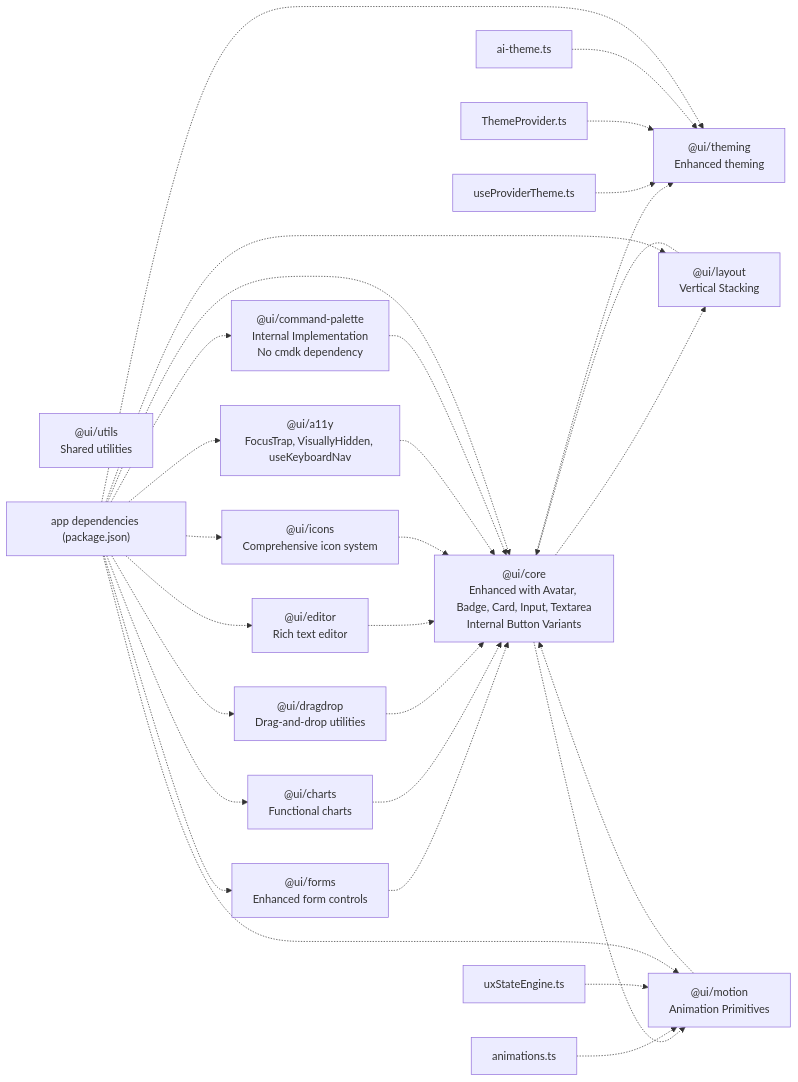
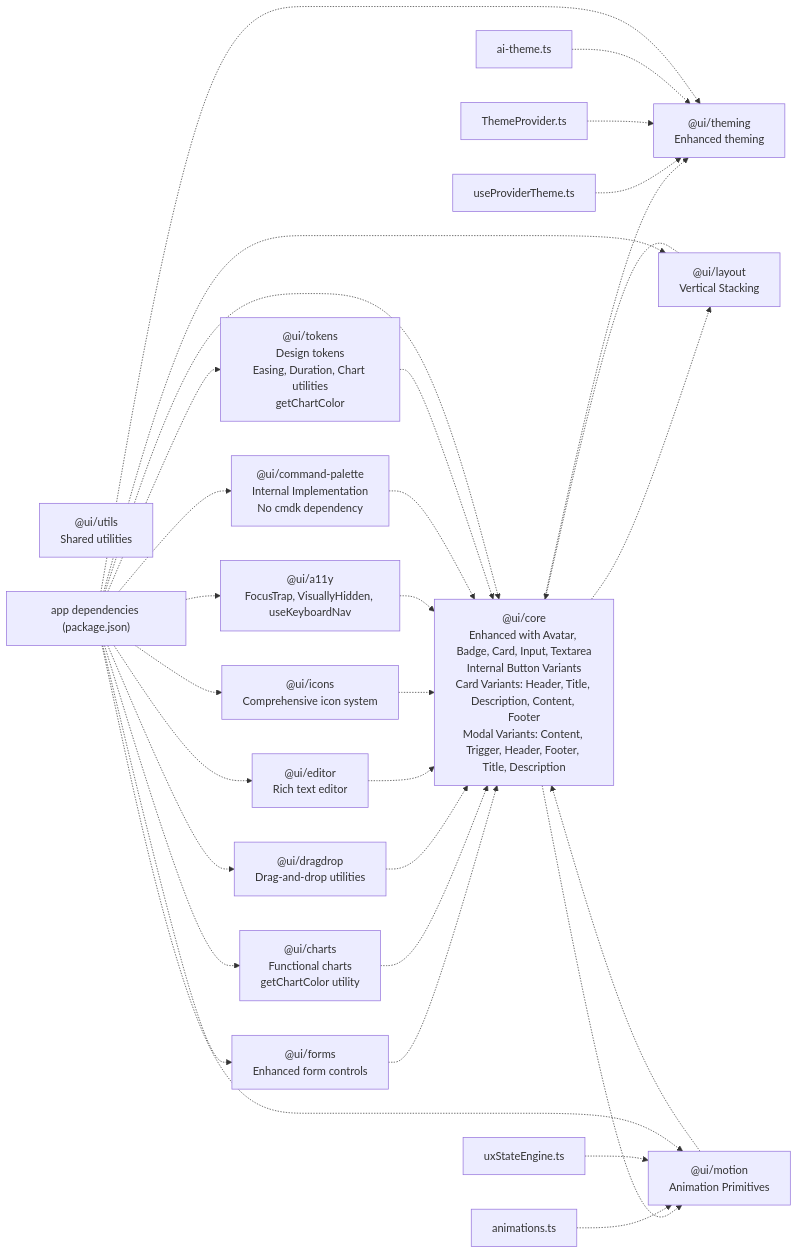
The eighth of 8 diagrams in .qoder/repowiki/en/content/UI Component System/UI Component System.md (shekhargiri005-dotcom/AI-powered-accessibility-first-UI-engine), drawn with Mermaid before and after one commit. The commit also changed other lines of this file and 6 other files, not shown here.

````diff
--- a/.qoder/repowiki/en/content/UI Component System/UI Component System.md
+++ b/.qoder/repowiki/en/content/UI Component System/UI Component System.md
@@ -1164,49 +1316,52 @@
 ```mermaid
 graph LR
-UI_CORE["@ui/core<br/>Enhanced with Avatar, Badge, Card, Input, Textarea<br/>Internal Button Variants"]
+UI_CORE["@ui/core<br/>Enhanced with Avatar, Badge, Card, Input, Textarea<br/>Internal Button Variants<br/>Card Variants: Header, Title, Description, Content, Footer<br/>Modal Variants: Content, Trigger, Header, Footer, Title, Description"]
 UI_A11Y["@ui/a11y<br/>FocusTrap, VisuallyHidden, useKeyboardNav"]
 UI_FORMS["@ui/forms<br/>Enhanced form controls"]
 UI_LAYOUT["@ui/layout<br/>Vertical Stacking"]
 UI_MOTION["@ui/motion<br/>Animation Primitives"]
-UI_CHARTS["@ui/charts<br/>Functional charts"]
+UI_CHARTS["@ui/charts<br/>Functional charts<br/>getChartColor utility"]
 UI_DRAGDROP["@ui/dragdrop<br/>Drag-and-drop utilities"]
 UI_EDITOR["@ui/editor<br/>Rich text editor"]
 UI_ICONS["@ui/icons<br/>Comprehensive icon system"]
 UI_THEMING["@ui/theming<br/>Enhanced theming"]
 UI_UTILS["@ui/utils<br/>Shared utilities"]
 UI_COMMAND_PALETTE["@ui/command-palette<br/>Internal Implementation<br/>No cmdk dependency"]
+UI_TOKENS["@ui/tokens<br/>Design tokens<br/>Easing, Duration, Chart utilities<br/>getChartColor"]
 THEME_HOOK["useProviderTheme.ts"]
 THEME_PROVIDER["ThemeProvider.ts"]
 THEME_AI["ai-theme.ts"]
 MOTION_ANIM["animations.ts"]
 UX_ENGINE["uxStateEngine.ts"]
 APP_DEPS["app dependencies (package.json)"]
 UI_CORE -.-> UI_THEMING
 UI_CORE -.-> UI_LAYOUT
 UI_CORE -.-> UI_MOTION
 UI_FORMS -.-> UI_CORE
 UI_LAYOUT -.-> UI_CORE
 UI_MOTION -.-> UI_CORE
 UI_CHARTS -.-> UI_CORE
 UI_DRAGDROP -.-> UI_CORE
 UI_EDITOR -.-> UI_CORE
 UI_ICONS -.-> UI_CORE
 UI_A11Y -.-> UI_CORE
 UI_COMMAND_PALETTE -.-> UI_CORE
+UI_TOKENS -.-> UI_CORE
 THEME_HOOK -.-> UI_THEMING
 THEME_PROVIDER -.-> UI_THEMING
 THEME_AI -.-> UI_THEMING
 MOTION_ANIM -.-> UI_MOTION
 UX_ENGINE -.-> UI_MOTION
 APP_DEPS -.-> UI_CORE
 APP_DEPS -.-> UI_A11Y
 APP_DEPS -.-> UI_FORMS
 APP_DEPS -.-> UI_LAYOUT
 APP_DEPS -.-> UI_MOTION
 APP_DEPS -.-> UI_CHARTS
 APP_DEPS -.-> UI_DRAGDROP
 APP_DEPS -.-> UI_EDITOR
 APP_DEPS -.-> UI_ICONS
 APP_DEPS -.-> UI_THEMING
 APP_DEPS -.-> UI_COMMAND_PALETTE
+APP_DEPS -.-> UI_TOKENS
 ```
````
